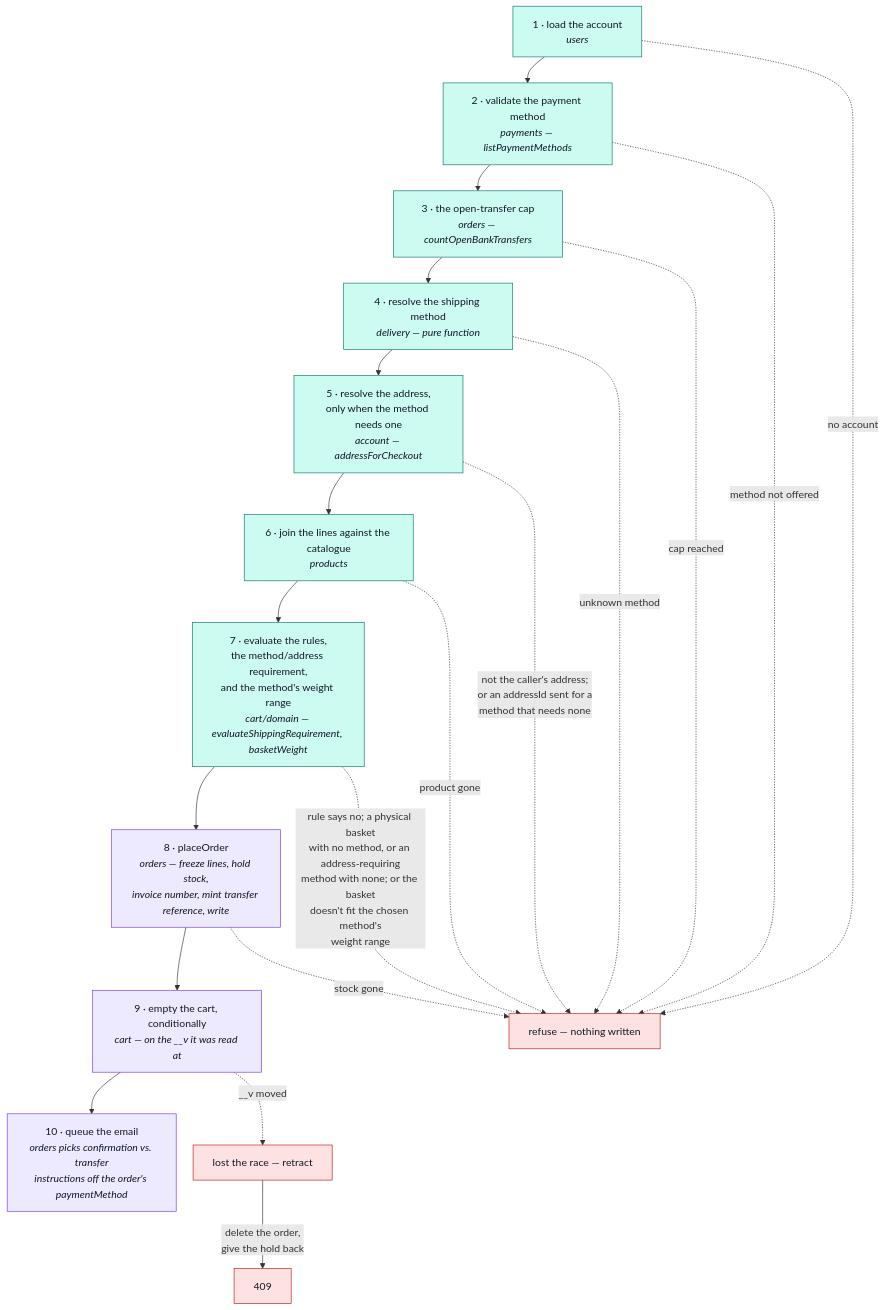
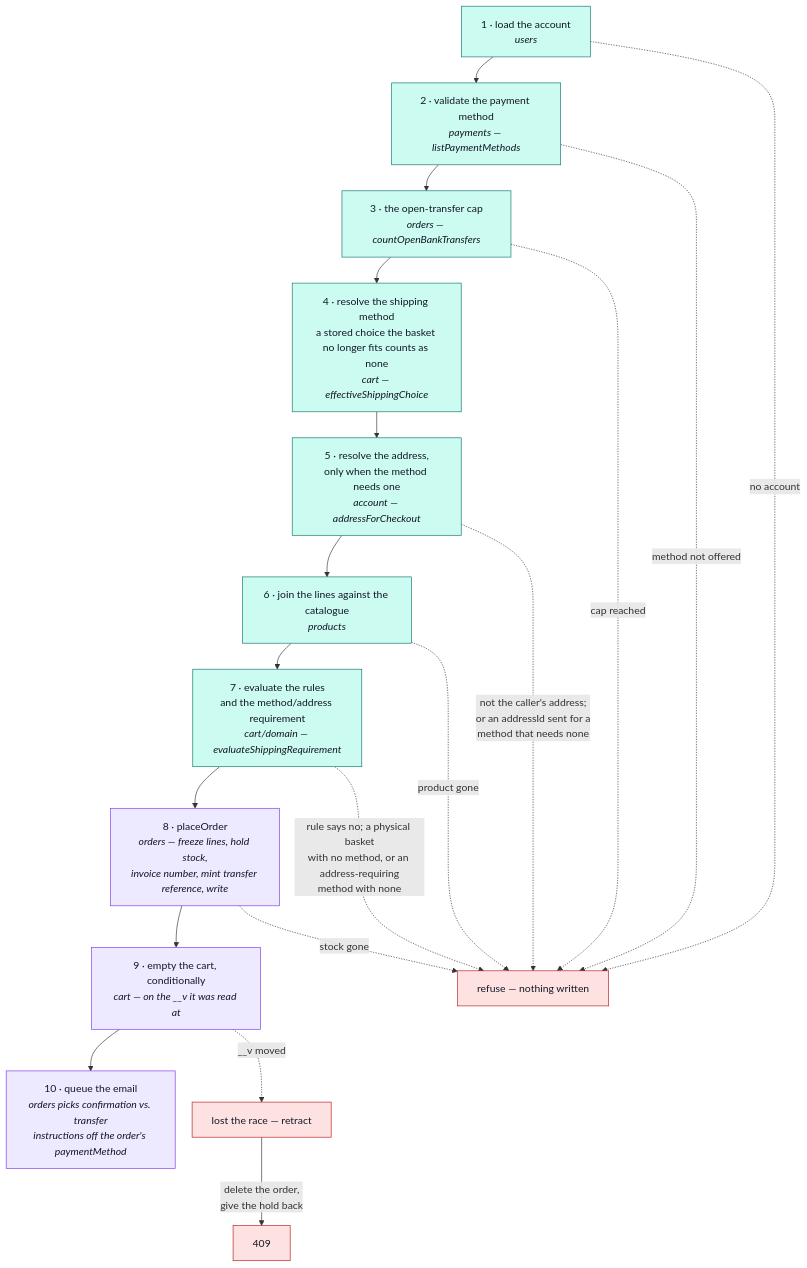
The diagram in docs/modules/cart-checkout.md (Guebbit/boilerplate-node-backend), drawn with Mermaid before and after one commit. The commit also changed other lines of this file and 5 other files, not shown here.

First line of the commit message:
fix(cart): a stale shipping choice counts as none and the whole basket counts toward free shipping

````diff
--- a/docs/modules/cart-checkout.md
+++ b/docs/modules/cart-checkout.md
@@ -25,34 +25,33 @@
 ```mermaid
 %%{init: {'flowchart': {'nodeSpacing': 26, 'rankSpacing': 40}}}%%
 flowchart TD
     A["1 · load the account<br/><i>users</i>"] --> P["2 · validate the payment method<br/><i>payments — listPaymentMethods</i>"]
     P --> Q["3 · the open-transfer cap<br/><i>orders — countOpenBankTransfers</i>"]
-    Q --> B["4 · resolve the shipping method<br/><i>delivery — pure function</i>"]
+    Q --> B["4 · resolve the shipping method<br/>a stored choice the basket no longer fits counts as none<br/><i>cart — effectiveShippingChoice</i>"]
     B --> C["5 · resolve the address,<br/>only when the method needs one<br/><i>account — addressForCheckout</i>"]
     C --> D["6 · join the lines against the catalogue<br/><i>products</i>"]
-    D --> E["7 · evaluate the rules,<br/>the method/address requirement,<br/>and the method's weight range<br/><i>cart/domain — evaluateShippingRequirement, basketWeight</i>"]
+    D --> E["7 · evaluate the rules<br/>and the method/address requirement<br/><i>cart/domain — evaluateShippingRequirement</i>"]
     E --> F["8 · placeOrder<br/><i>orders — freeze lines, hold stock,<br/>invoice number, mint transfer reference, write</i>"]
     F --> H["9 · empty the cart, conditionally<br/><i>cart — on the __v it was read at</i>"]
     H --> I["10 · queue the email<br/><i>orders picks confirmation vs. transfer<br/>instructions off the order's paymentMethod</i>"]
 
     R["refuse — nothing written"]
     A -.->|"no account"| R
     P -.->|"method not offered"| R
     Q -.->|"cap reached"| R
-    B -.->|"unknown method"| R
-    C -.->|"not the caller's address;<br/>or an addressId sent for a<br/>method that needs none"| R
+        C -.->|"not the caller's address;<br/>or an addressId sent for a<br/>method that needs none"| R
     D -.->|"product gone"| R
-    E -.->|"rule says no; a physical basket<br/>with no method, or an address-requiring<br/>method with none; or the basket<br/>doesn't fit the chosen method's<br/>weight range"| R
+    E -.->|"rule says no; a physical basket<br/>with no method, or an address-requiring<br/>method with none"| R
     F -.->|"stock gone"| R
 
     L["lost the race — retract"]
     H -.->|"__v moved"| L
     L -->|"delete the order,<br/>give the hold back"| M["409"]
 
     classDef read fill:#ccfbf1,stroke:#0f766e,color:#111827;
     classDef write fill:#ede9fe,stroke:#7c3aed,color:#111827;
     classDef bad fill:#fee2e2,stroke:#b91c1c,color:#111827;
     class A,P,Q,B,C,D,E read;
     class F,H,I write;
     class R,L,M bad;
 ```
````
